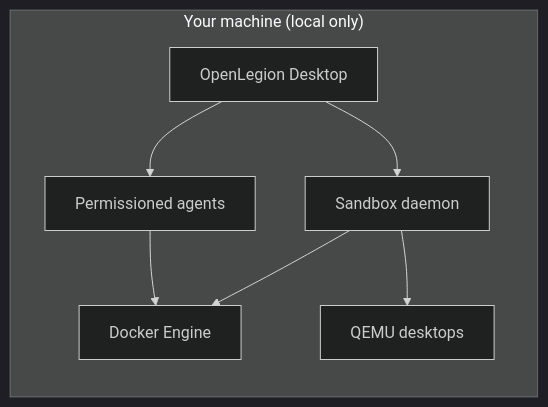
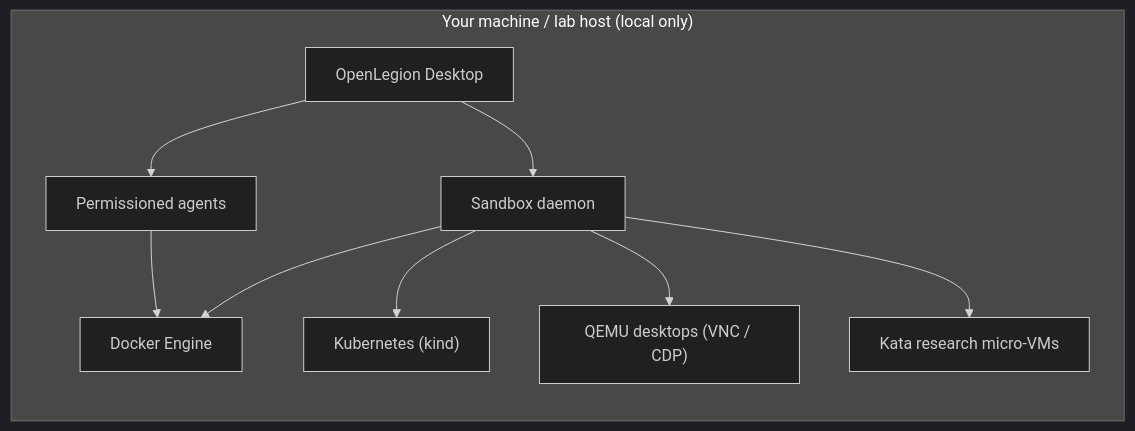
The diagram in README.md (dorman/OpenLegion), drawn with Mermaid (dark theme) before and after one commit. The commit also changed other lines of this file, not shown here.

First line of the commit message:
docs: refresh README for multi-engine sandboxes, CDP display, and RE research host

````diff
--- a/README.md
+++ b/README.md
@@ -47,15 +48,19 @@
 ```mermaid
 flowchart LR
-  subgraph local ["Your machine (local only)"]
+  subgraph local ["Your machine / lab host (local only)"]
     Desktop["OpenLegion Desktop"]
     Agent["Permissioned agents"]
     Daemon["Sandbox daemon"]
     Docker["Docker Engine"]
-    QEMU["QEMU desktops"]
+    Kube["Kubernetes (kind)"]
+    QEMU["QEMU desktops (VNC / CDP)"]
+    Kata["Kata research micro-VMs"]
     Desktop --> Agent
     Desktop --> Daemon
     Daemon --> Docker
+    Daemon --> Kube
     Daemon --> QEMU
+    Daemon --> Kata
     Agent --> Docker
   end
 ```
````
